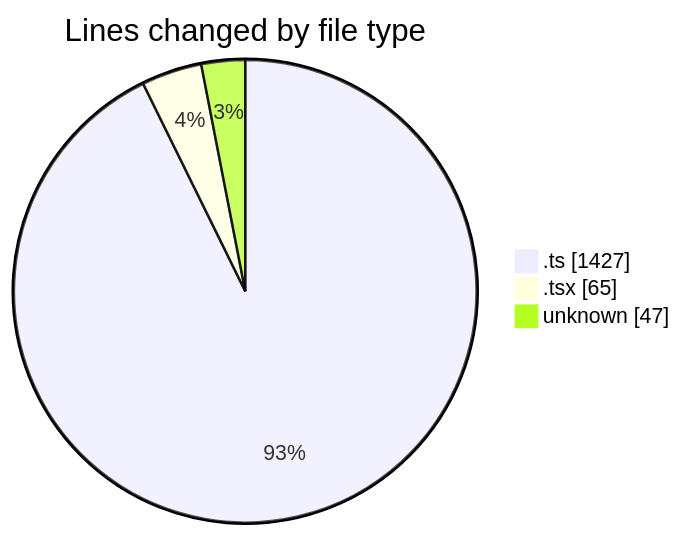
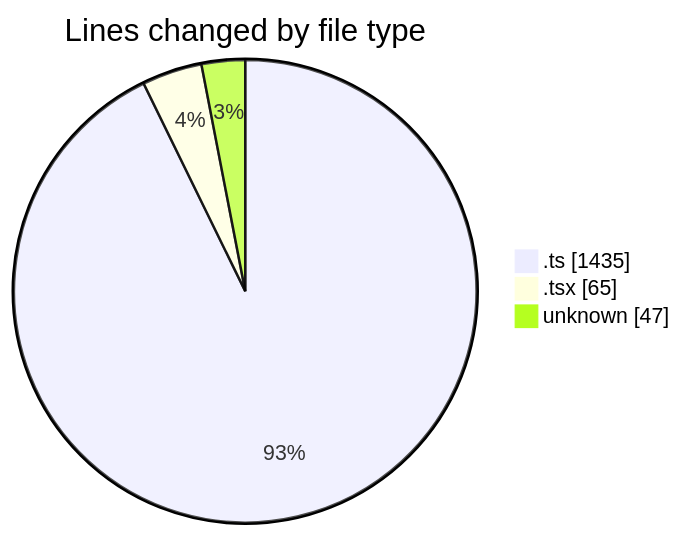
The first of 2 diagrams in 2025-09-11/cda/README.md (momahboobian/code-tracking), drawn with Mermaid before and after one commit. The commit also changed other lines of this file and 1 other file, not shown here.

````diff
--- a/2025-09-11/cda/README.md
+++ b/2025-09-11/cda/README.md
@@ -28,7 +28,7 @@
 ```mermaid
 pie showData
 title Lines changed by file type
-".ts" : 1427
+".ts" : 1435
 ".tsx" : 65
 "unknown" : 47
 ```
````
